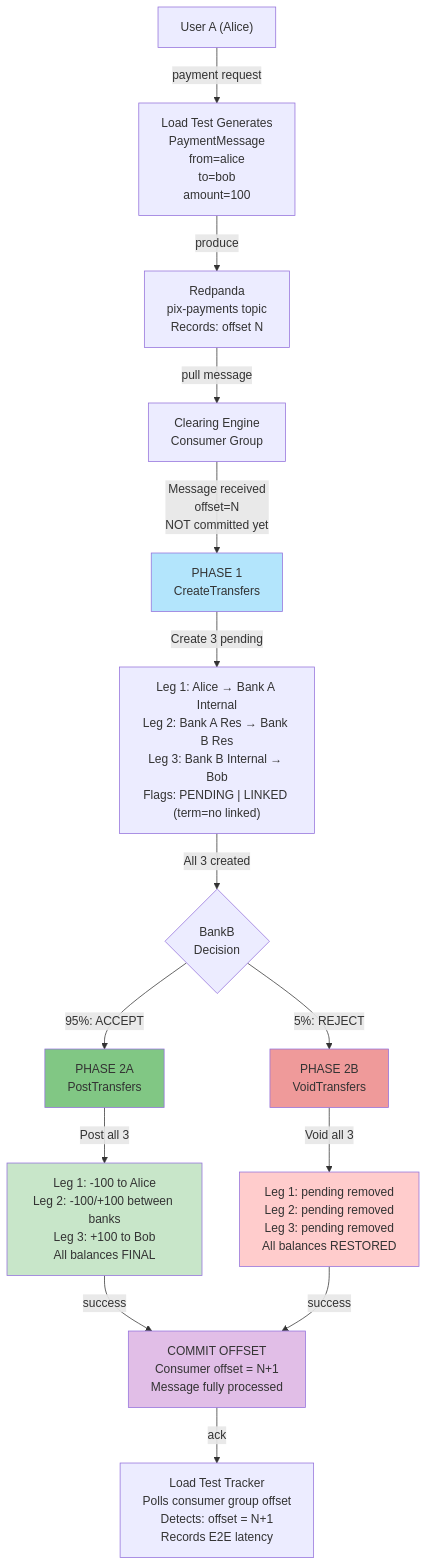
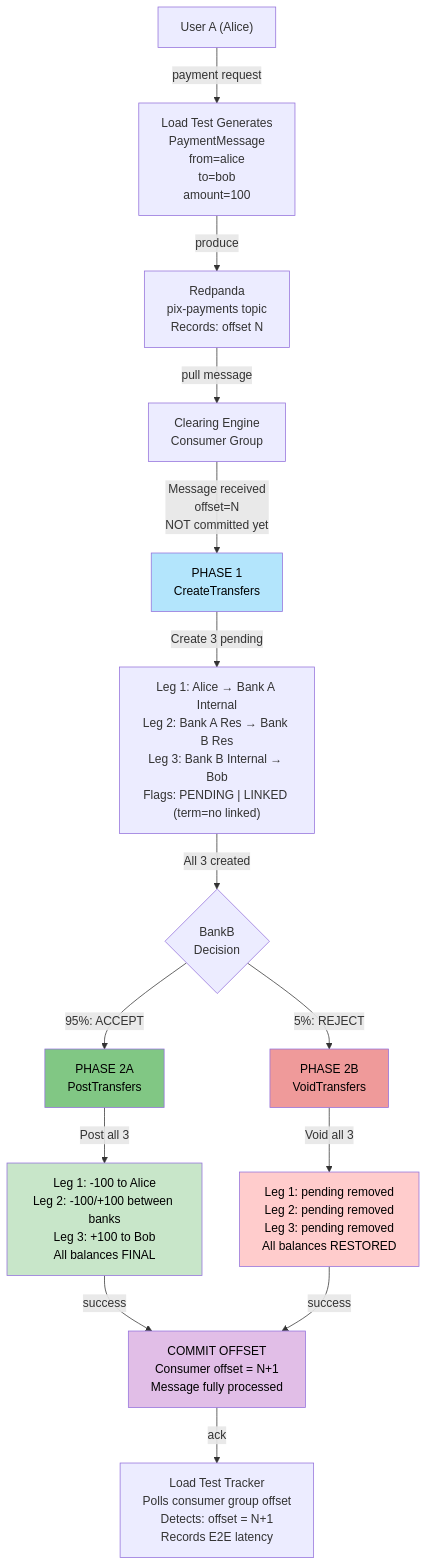
The seventh of 19 diagrams in ARCHITECTURE.md (evertonstz/TigerbeetleMiniPIX), drawn with Mermaid before and after one commit. The commit also changed other lines of this file, not shown here.

Commit message:
docs: improve Mermaid diagram text readability with dark text colors

````diff
--- a/ARCHITECTURE.md
+++ b/ARCHITECTURE.md
@@ -288,36 +288,36 @@
 ```mermaid
 graph TD
     User["User A (Alice)"]
     
     User -->|payment request| LoadTest["Load Test Generates<br/>PaymentMessage<br/>from=alice<br/>to=bob<br/>amount=100"]
     
     LoadTest -->|produce| Redpanda["Redpanda<br/>pix-payments topic<br/>Records: offset N"]
     
     Redpanda -->|pull message| Clearing["Clearing Engine<br/>Consumer Group"]
     
     Clearing -->|Message received<br/>offset=N<br/>NOT committed yet| P1["PHASE 1<br/>CreateTransfers"]
     
     P1 -->|Create 3 pending| TB["Leg 1: Alice → Bank A Internal<br/>Leg 2: Bank A Res → Bank B Res<br/>Leg 3: Bank B Internal → Bob<br/>Flags: PENDING | LINKED (term=no linked)"]
     
     TB -->|All 3 created| Decision{"BankB<br/>Decision"}
     
     Decision -->|95%: ACCEPT| P2A["PHASE 2A<br/>PostTransfers"]
     Decision -->|5%: REJECT| P2B["PHASE 2B<br/>VoidTransfers"]
     
     P2A -->|Post all 3| Posted["Leg 1: -100 to Alice<br/>Leg 2: -100/+100 between banks<br/>Leg 3: +100 to Bob<br/>All balances FINAL"]
     
     P2B -->|Void all 3| Voided["Leg 1: pending removed<br/>Leg 2: pending removed<br/>Leg 3: pending removed<br/>All balances RESTORED"]
     
     Posted -->|success| Commit["COMMIT OFFSET<br/>Consumer offset = N+1<br/>Message fully processed"]
     
     Voided -->|success| Commit
     
     Commit -->|ack| LoadTest_Track["Load Test Tracker<br/>Polls consumer group offset<br/>Detects: offset = N+1<br/>Records E2E latency"]
     
-    style P1 fill:#b3e5fc
-    style P2A fill:#81c784
-    style P2B fill:#ef9a9a
-    style Posted fill:#c8e6c9
-    style Voided fill:#ffcccc
-    style Commit fill:#e1bee7
+    style P1 fill:#b3e5fc,color:#000
+    style P2A fill:#81c784,color:#000
+    style P2B fill:#ef9a9a,color:#000
+    style Posted fill:#c8e6c9,color:#000
+    style Voided fill:#ffcccc,color:#000
+    style Commit fill:#e1bee7,color:#000
 ```
````
